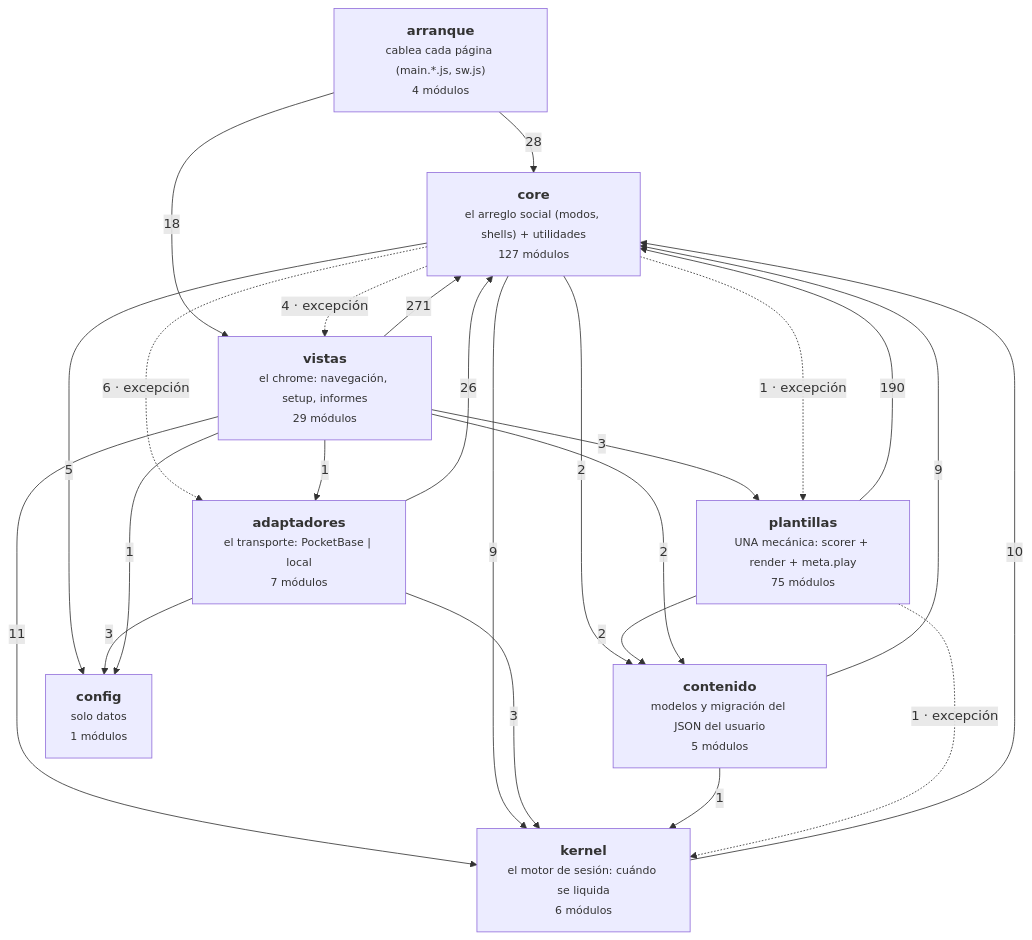
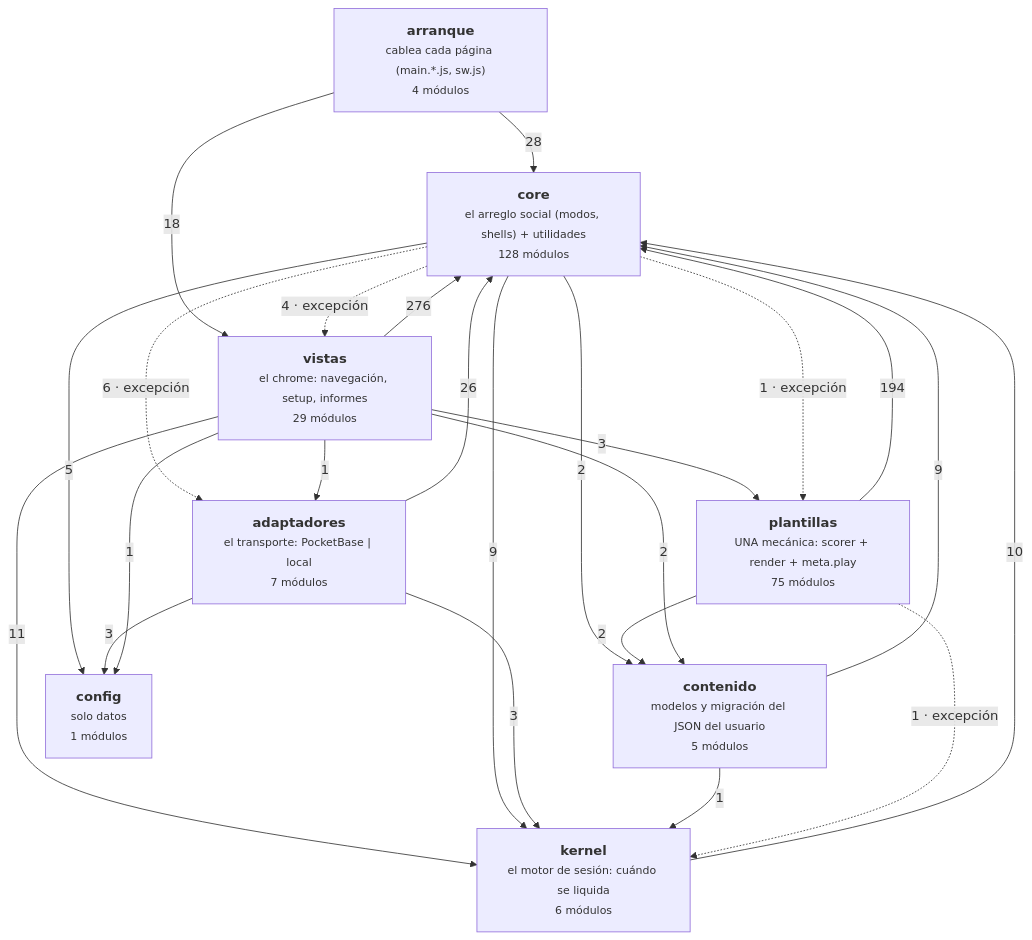
Before and after one commit to duecaz/ac: the diagram in docs/arquitectura-modulos.md, drawn with Mermaid. The commit also changed other lines of this file and 22 other files, not shown here.

````diff
--- a/docs/arquitectura-modulos.md
+++ b/docs/arquitectura-modulos.md
@@ -56,34 +56,34 @@
 ```mermaid
 graph TD
   A["<b>arranque</b><br/><small>cablea cada página (main.*.js, sw.js)</small><br/><small>4 módulos</small>"]
   V["<b>vistas</b><br/><small>el chrome: navegación, setup, informes</small><br/><small>29 módulos</small>"]
   AD["<b>adaptadores</b><br/><small>el transporte: PocketBase | local</small><br/><small>7 módulos</small>"]
-  C["<b>core</b><br/><small>el arreglo social (modos, shells) + utilidades</small><br/><small>127 módulos</small>"]
+  C["<b>core</b><br/><small>el arreglo social (modos, shells) + utilidades</small><br/><small>128 módulos</small>"]
   K["<b>kernel</b><br/><small>el motor de sesión: cuándo se liquida</small><br/><small>6 módulos</small>"]
   T["<b>plantillas</b><br/><small>UNA mecánica: scorer + render + meta.play</small><br/><small>75 módulos</small>"]
   CO["<b>contenido</b><br/><small>modelos y migración del JSON del usuario</small><br/><small>5 módulos</small>"]
   CF["<b>config</b><br/><small>solo datos</small><br/><small>1 módulos</small>"]
-  V -->|271| C
-  T -->|190| C
+  V -->|276| C
+  T -->|194| C
   A -->|28| C
   AD -->|26| C
   A -->|18| V
   V -->|11| K
   K -->|10| C
   C -->|9| K
   CO -->|9| C
   C -.->|6 · excepción| AD
   C -->|5| CF
   C -.->|4 · excepción| V
   AD -->|3| CF
   AD -->|3| K
   V -->|3| T
   C -->|2| CO
   T -->|2| CO
   V -->|2| CO
   C -.->|1 · excepción| T
   CO -->|1| K
   T -.->|1 · excepción| K
   V -->|1| AD
   V -->|1| CF
 ```
````
